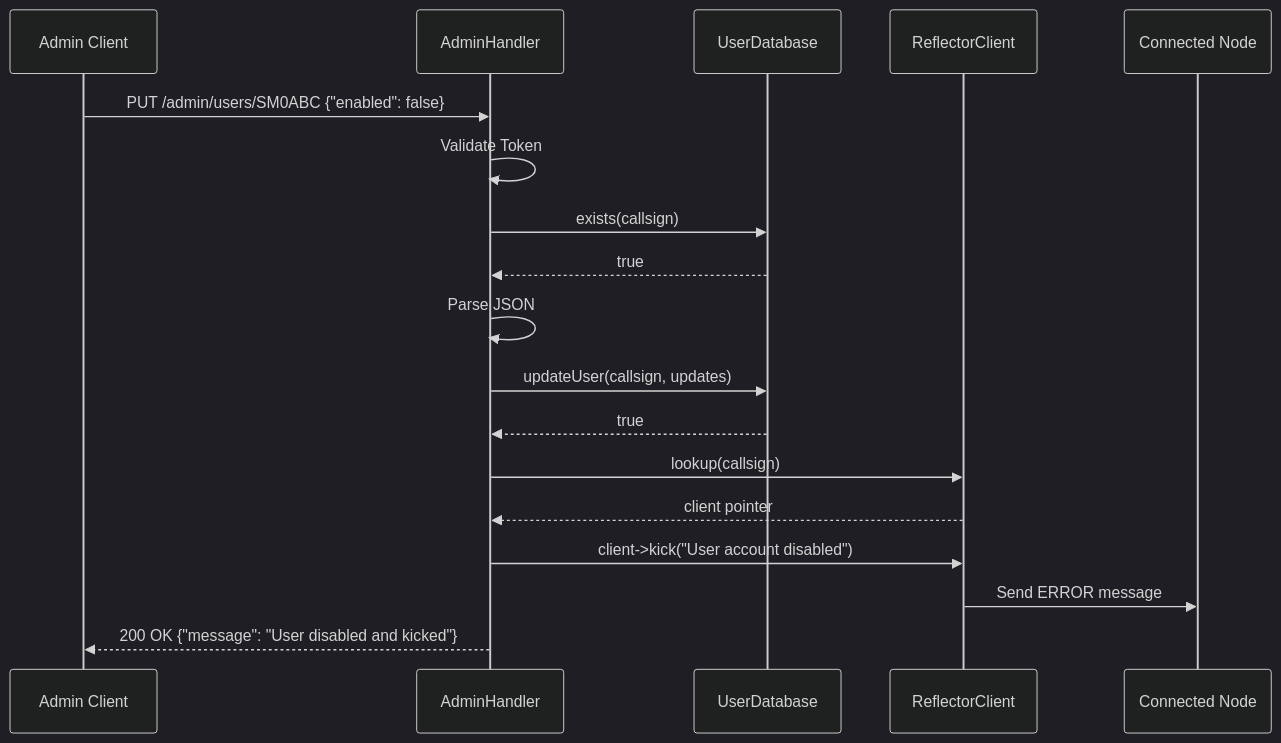
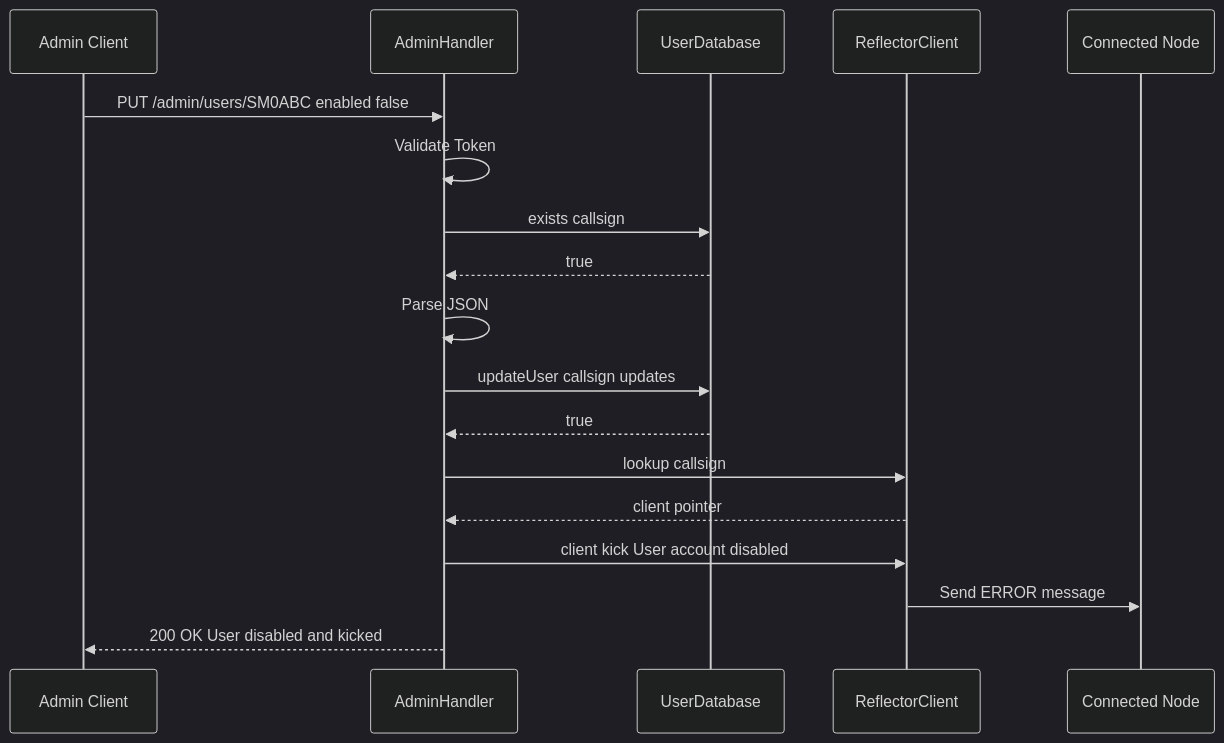
One commit to chakphanu/svxlink changed diagram 11 of 11 in docs/SvxReflector_Admin_API_Reference.md. Above: the diagram before and after it, drawn with Mermaid (dark theme). The commit also changed other lines of this file, not shown here.

First line of the commit message:
Fix Mermaid diagram syntax in API docs

````diff
--- a/docs/SvxReflector_Admin_API_Reference.md
+++ b/docs/SvxReflector_Admin_API_Reference.md
@@ -1191,21 +1191,21 @@
 ```mermaid
 sequenceDiagram
     participant C as Admin Client
     participant A as AdminHandler
     participant U as UserDatabase
     participant R as ReflectorClient
     participant N as Connected Node
 
-    C->>A: PUT /admin/users/SM0ABC {"enabled": false}
+    C->>A: PUT /admin/users/SM0ABC enabled false
     A->>A: Validate Token
-    A->>U: exists(callsign)
+    A->>U: exists callsign
     U-->>A: true
     A->>A: Parse JSON
-    A->>U: updateUser(callsign, updates)
+    A->>U: updateUser callsign updates
     U-->>A: true
-    A->>R: lookup(callsign)
+    A->>R: lookup callsign
     R-->>A: client pointer
-    A->>R: client->kick("User account disabled")
+    A->>R: client kick User account disabled
     R->>N: Send ERROR message
-    A-->>C: 200 OK {"message": "User disabled and kicked"}
+    A-->>C: 200 OK User disabled and kicked
 ```
````
